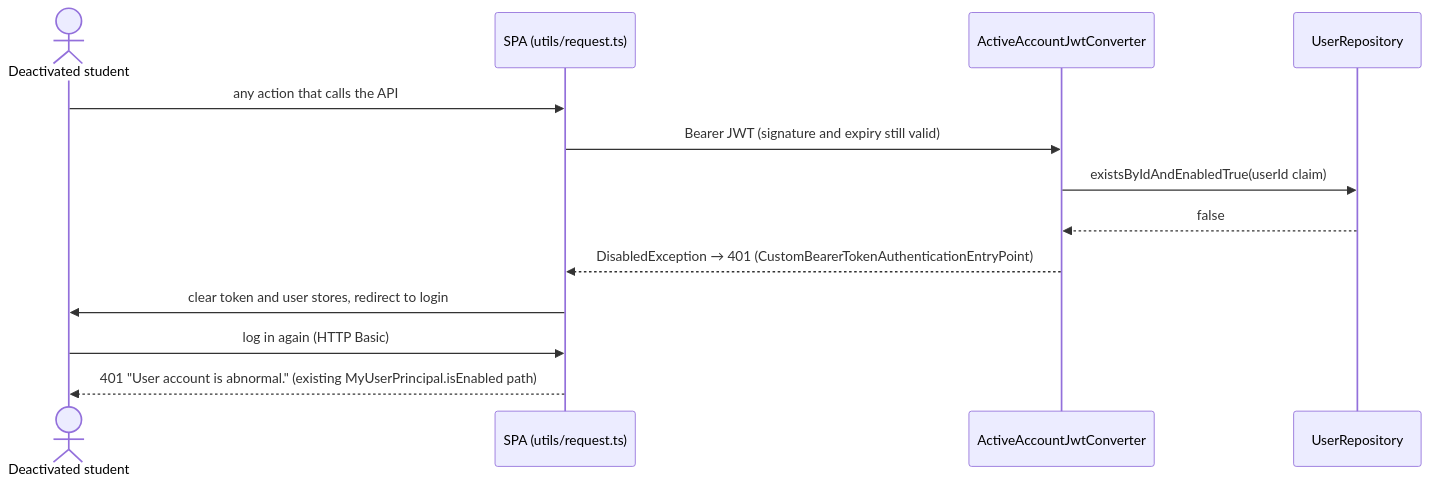
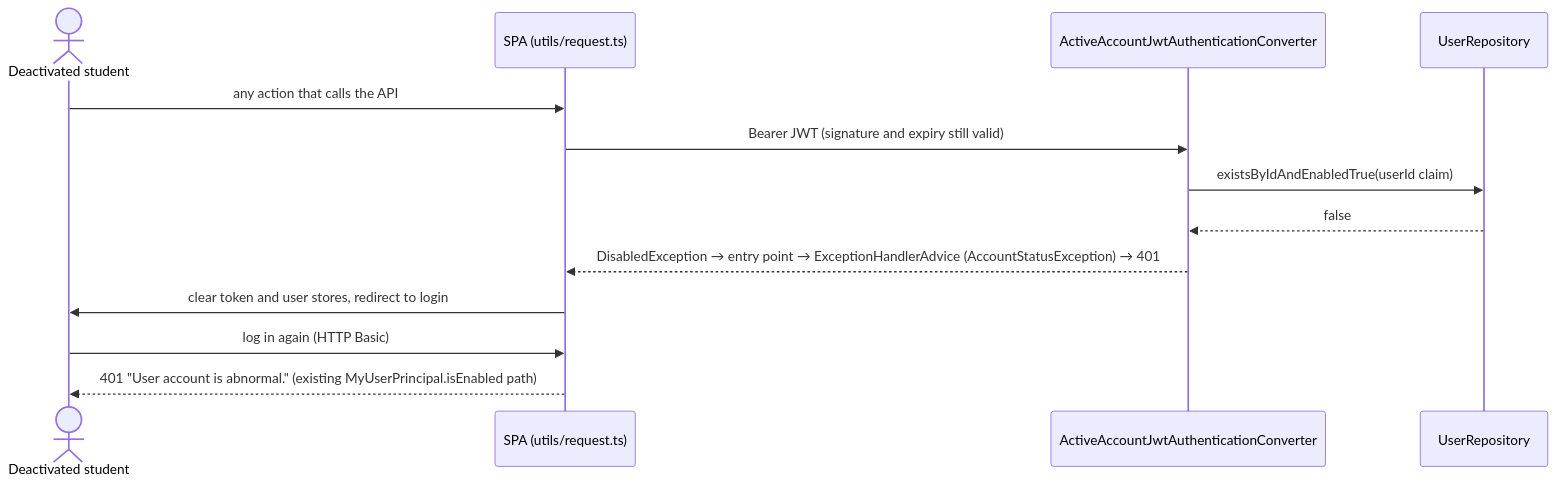
One commit to PathNotFound404/add-a-use-case changed the third of 4 diagrams in docs/design/stu.md. Above: the diagram before and after it, drawn with Mermaid. The commit also changed other lines of this file and 1 other file, not shown here.

````diff
--- a/docs/design/stu.md
+++ b/docs/design/stu.md
@@ -119,15 +122,15 @@
 ```mermaid
 sequenceDiagram
     actor St as Deactivated student
     participant SPA as SPA (utils/request.ts)
-    participant JC as ActiveAccountJwtConverter
+    participant JC as ActiveAccountJwtAuthenticationConverter
     participant UR as UserRepository
     St->>SPA: any action that calls the API
     SPA->>JC: Bearer JWT (signature and expiry still valid)
     JC->>UR: existsByIdAndEnabledTrue(userId claim)
     UR-->>JC: false
-    JC-->>SPA: DisabledException → 401 (CustomBearerTokenAuthenticationEntryPoint)
+    JC-->>SPA: DisabledException → entry point → ExceptionHandlerAdvice (AccountStatusException) → 401
     SPA->>St: clear token and user stores, redirect to login
     St->>SPA: log in again (HTTP Basic)
     SPA-->>St: 401 "User account is abnormal." (existing MyUserPrincipal.isEnabled path)
 ```
````
